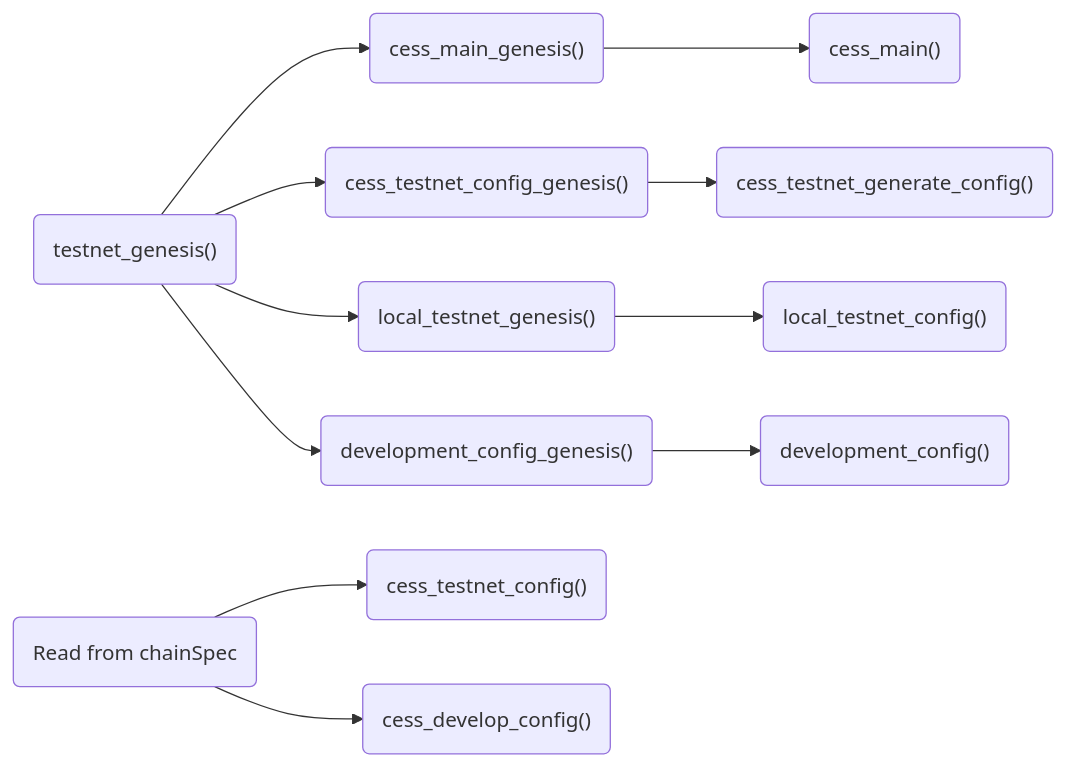
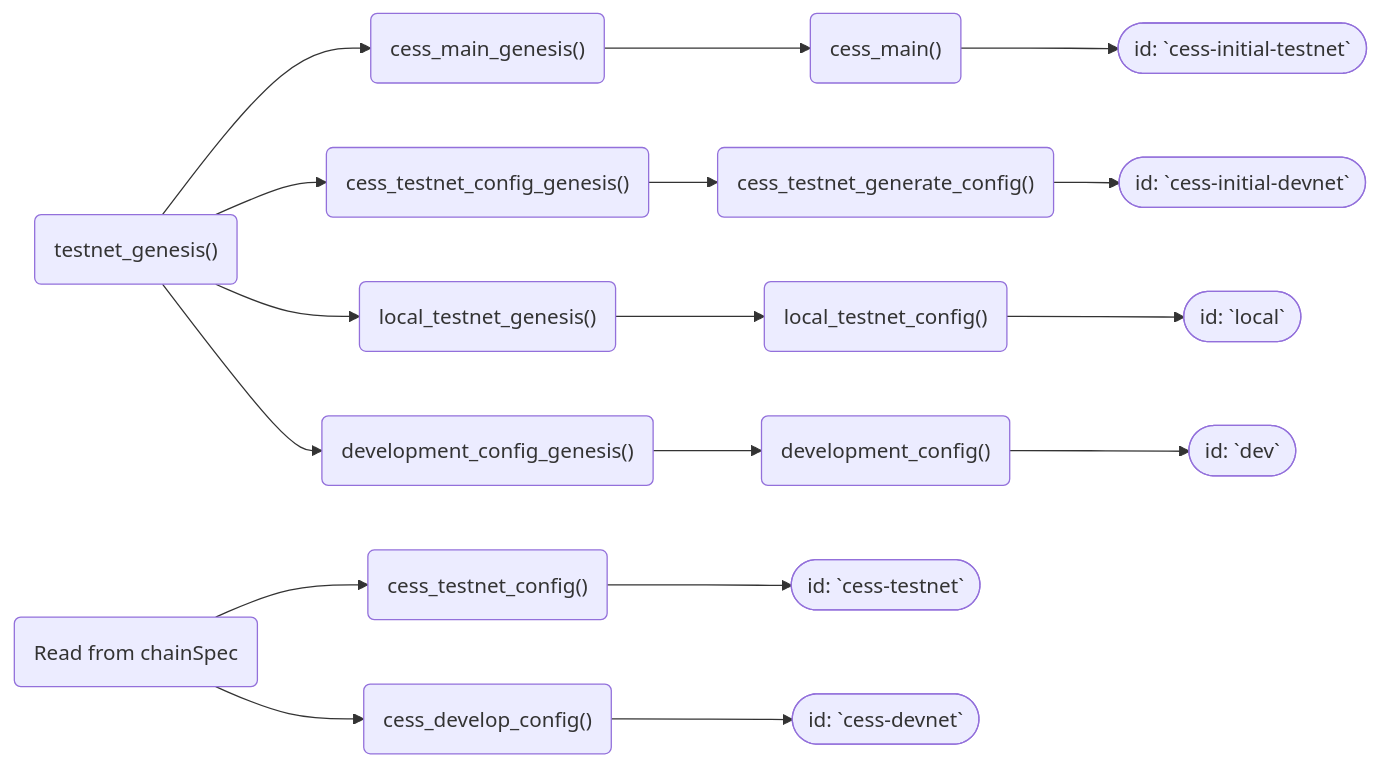
The diagram in docs/on-src/node/src/chain_spec.rs.md (CESSProject/cess), drawn with Mermaid before and after one commit. The commit also changed 1 other file, not shown here.

Commit message:
Adding comments on params passing in `ChainSpec::from_genesis()`

````diff
--- a/docs/on-src/node/src/chain_spec.rs.md
+++ b/docs/on-src/node/src/chain_spec.rs.md
@@ -5,18 +5,18 @@
 ```mermaid
 flowchart LR
   %% main
-  testnet_genesis("testnet_genesis()") --> main_genesis("cess_main_genesis()") --> main("cess_main()")
+  testnet_genesis("testnet_genesis()") --> main_genesis("cess_main_genesis()") --> main("cess_main()") --> initial_testnet(["id: `cess-initial-testnet`"])
 
   %% testnet
-  testnet_genesis --> testnet_config_genesis("cess_testnet_config_genesis()") --> testnet_generate_config("cess_testnet_generate_config()")
+  testnet_genesis --> testnet_config_genesis("cess_testnet_config_genesis()") --> testnet_generate_config("cess_testnet_generate_config()") --> initial_devnet(["id: `cess-initial-devnet`"])
 
-  %% local testnet
-  testnet_genesis --> local_testnet_genesis("local_testnet_genesis()") --> local_testnet_config("local_testnet_config()")
+  %% local
+  testnet_genesis --> local_testnet_genesis("local_testnet_genesis()") --> local_testnet_config("local_testnet_config()") --> local(["id: `local`"])
 
-  %% development
-  testnet_genesis --> development_config_genesis("development_config_genesis()") --> development_config("development_config()")
+  %% dev
+  testnet_genesis --> development_config_genesis("development_config_genesis()") --> development_config("development_config()") --> dev(["id: `dev`"])
 
   %% Reading from chainspec file
-  chainSpec("Read from chainSpec") --> testnet_config("cess_testnet_config()")
-  chainSpec --> develop_config("cess_develop_config()")
+  chainSpec("Read from chainSpec") --> testnet_config("cess_testnet_config()") --> cess_testnet(["id: `cess-testnet`"])
+  chainSpec --> develop_config("cess_develop_config()") --> cess_devnet(["id: `cess-devnet`"])
 ```
````
